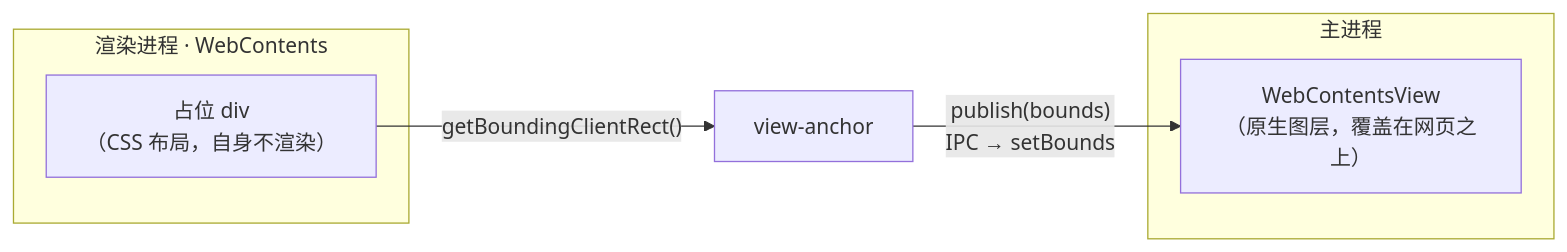
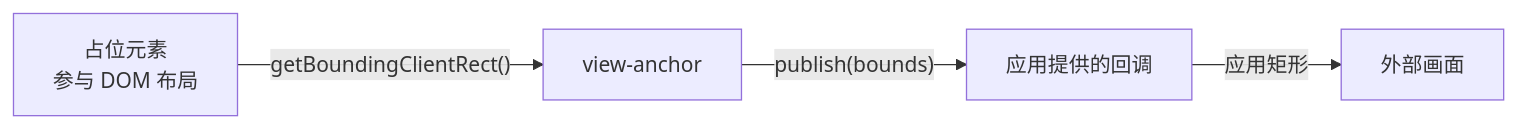
One commit to lbb00/view-anchor changed the diagram in docs/mechanism.md. Above: the diagram before and after it, drawn with Mermaid. The commit also changed other lines of this file and 31 other files, not shown here.

````diff
--- a/docs/mechanism.md
+++ b/docs/mechanism.md
@@ -11,11 +11,6 @@
 ```mermaid
 flowchart LR
-  subgraph R["渲染进程 · WebContents"]
-    DIV["占位 div<br/>（CSS 布局，自身不渲染）"]
-  end
-  subgraph M["主进程"]
-    WCV["WebContentsView<br/>（原生图层，覆盖在网页之上）"]
-  end
-  DIV -->|"getBoundingClientRect()"| VA["view-anchor"]
-  VA -->|"publish(bounds)<br/>IPC → setBounds"| WCV
+  DIV["占位元素\n参与 DOM 布局"] -->|"getBoundingClientRect()"| VA["view-anchor"]
+  VA -->|"publish(bounds)"| A["应用提供的回调"]
+  A -->|"应用矩形"| S["外部画面"]
 ```
````
